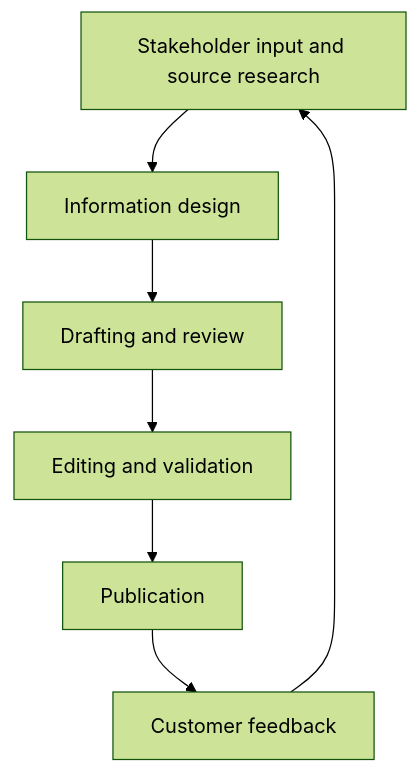
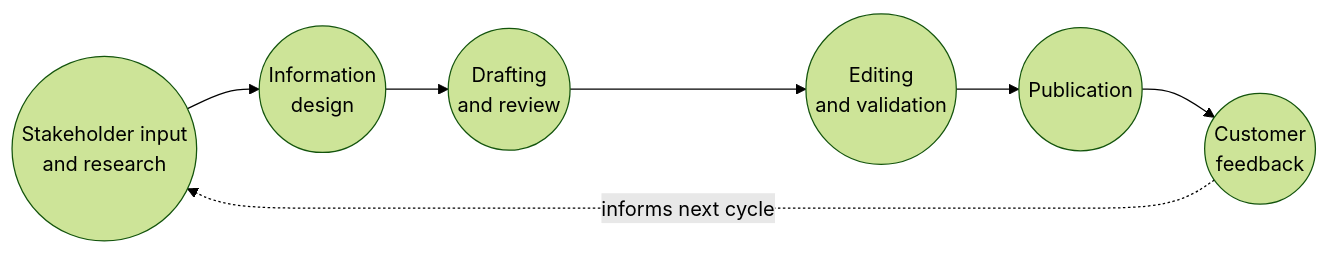
Before and after one commit to osza/myPortfolio: the diagram in docs-as-code.md, drawn with Mermaid (forest theme). The commit also changed 4 other files, not shown here.

Commit message:
Refine Mermaid workflow diagram presentation

````diff
--- a/docs-as-code.md
+++ b/docs-as-code.md
@@ -74,9 +74,16 @@
 ```mermaid
-flowchart TD
-    A[Stakeholder input and source research] --> B[Information design]
-    B --> C[Drafting and review]
-    C --> D[Editing and validation]
-    D --> E[Publication]
-    E --> F[Customer feedback]
-    F --> A
+flowchart LR
+    A((Stakeholder input<br/>and research))
+    B((Information<br/>design))
+    C((Drafting<br/>and review))
+    D((Editing<br/>and validation))
+    E((Publication))
+    F((Customer<br/>feedback))
+
+    A --> B
+    B --> C
+    C --> D
+    D --> E
+    E --> F
+    F -. informs next cycle .-> A
 ```
````
